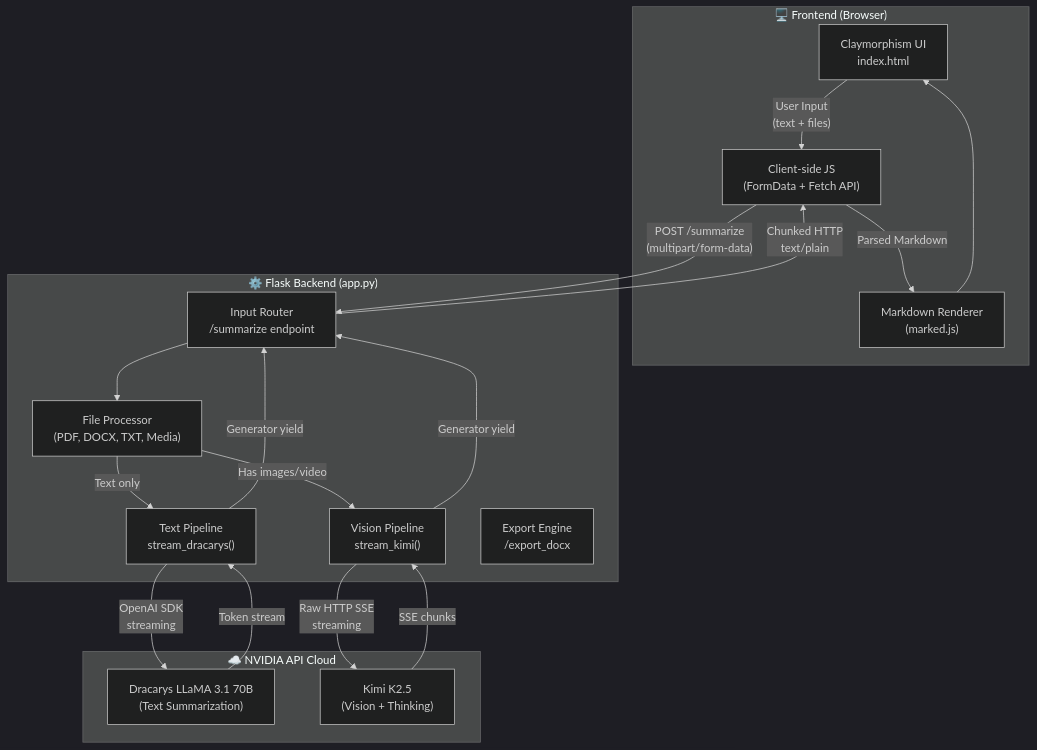
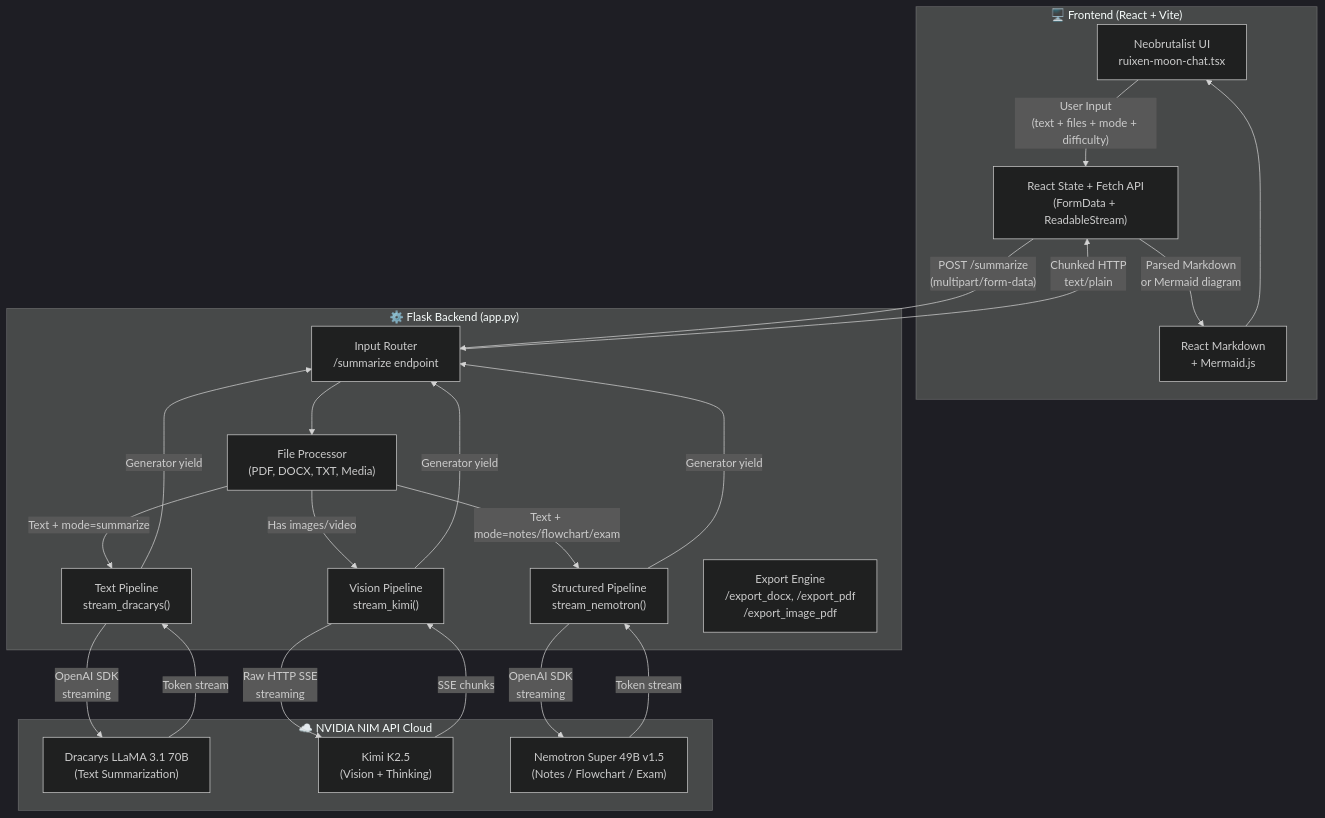
The first of 6 diagrams in architecture_flow.md (Abhishe6611/Text-and-Image-Summerization), drawn with Mermaid (dark theme) before and after one commit. The commit also changed other lines of this file and 7 other files, not shown here.

First line of the commit message:
feat: Add tri-model architecture, 4 output modes, Neobrutalist UI overhaul

````diff
--- a/architecture_flow.md
+++ b/architecture_flow.md
@@ -11,36 +13,42 @@
 ```mermaid
 graph TB
-    subgraph Frontend["🖥️ Frontend (Browser)"]
-        UI["Claymorphism UI<br/>index.html"]
-        JS["Client-side JS<br/>(FormData + Fetch API)"]
-        MD["Markdown Renderer<br/>(marked.js)"]
+    subgraph Frontend["🖥️ Frontend (React + Vite)"]
+        UI["Neobrutalist UI<br/>ruixen-moon-chat.tsx"]
+        JS["React State + Fetch API<br/>(FormData + ReadableStream)"]
+        MD["React Markdown<br/>+ Mermaid.js"]
     end
 
     subgraph Backend["⚙️ Flask Backend (app.py)"]
         Router["Input Router<br/>/summarize endpoint"]
         FP["File Processor<br/>(PDF, DOCX, TXT, Media)"]
         TD["Text Pipeline<br/>stream_dracarys()"]
+        NP["Structured Pipeline<br/>stream_nemotron()"]
         VD["Vision Pipeline<br/>stream_kimi()"]
-        EX["Export Engine<br/>/export_docx"]
+        EX["Export Engine<br/>/export_docx, /export_pdf<br/>/export_image_pdf"]
     end
 
-    subgraph NVIDIA["☁️ NVIDIA API Cloud"]
+    subgraph NVIDIA["☁️ NVIDIA NIM API Cloud"]
         M1["Dracarys LLaMA 3.1 70B<br/>(Text Summarization)"]
         M2["Kimi K2.5<br/>(Vision + Thinking)"]
+        M3["Nemotron Super 49B v1.5<br/>(Notes / Flowchart / Exam)"]
     end
 
-    UI -->|"User Input<br/>(text + files)"| JS
+    UI -->|"User Input<br/>(text + files + mode + difficulty)"| JS
     JS -->|"POST /summarize<br/>(multipart/form-data)"| Router
     Router --> FP
-    FP -->|"Text only"| TD
+    FP -->|"Text + mode=summarize"| TD
+    FP -->|"Text + mode=notes/flowchart/exam"| NP
     FP -->|"Has images/video"| VD
     TD -->|"OpenAI SDK<br/>streaming"| M1
+    NP -->|"OpenAI SDK<br/>streaming"| M3
     VD -->|"Raw HTTP SSE<br/>streaming"| M2
     M1 -->|"Token stream"| TD
+    M3 -->|"Token stream"| NP
     M2 -->|"SSE chunks"| VD
     TD -->|"Generator yield"| Router
+    NP -->|"Generator yield"| Router
     VD -->|"Generator yield"| Router
     Router -->|"Chunked HTTP<br/>text/plain"| JS
-    JS -->|"Parsed Markdown"| MD
+    JS -->|"Parsed Markdown<br/>or Mermaid diagram"| MD
     MD --> UI
 ```
````
